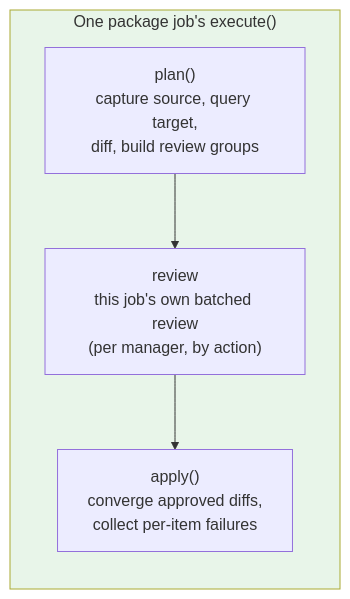
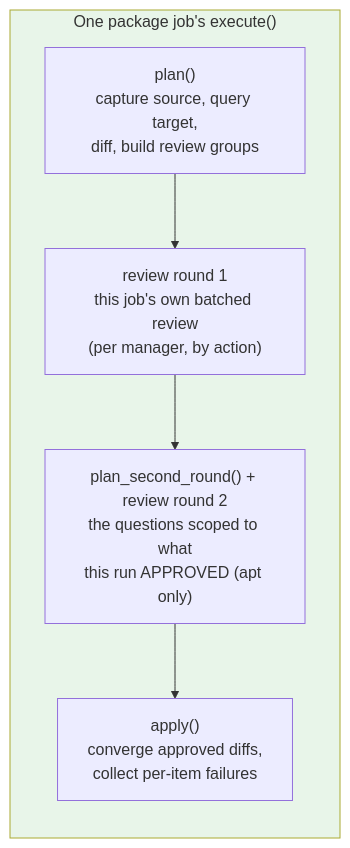
One commit to flaksit/pc-switcher changed the diagram in docs/system/package-sync.md. Above: the diagram before and after it, drawn with Mermaid. The commit also changed other lines of this file and 17 other files, not shown here.

````diff
--- a/docs/system/package-sync.md
+++ b/docs/system/package-sync.md
@@ -48,11 +48,12 @@
 ```mermaid
 flowchart LR
     subgraph Job["One package job's execute()"]
         P["plan()<br/>capture source, query target,<br/>diff, build review groups"]
-        R["review<br/>this job's own batched review<br/>(per manager, by action)"]
+        R["review round 1<br/>this job's own batched review<br/>(per manager, by action)"]
+        S["plan_second_round() + review round 2<br/>the questions scoped to what<br/>this run APPROVED (apt only)"]
         A["apply()<br/>converge approved diffs,<br/>collect per-item failures"]
-        P --> R --> A
+        P --> R --> S --> A
     end
 
     style Job fill:#e8f5e9
 ```
````
